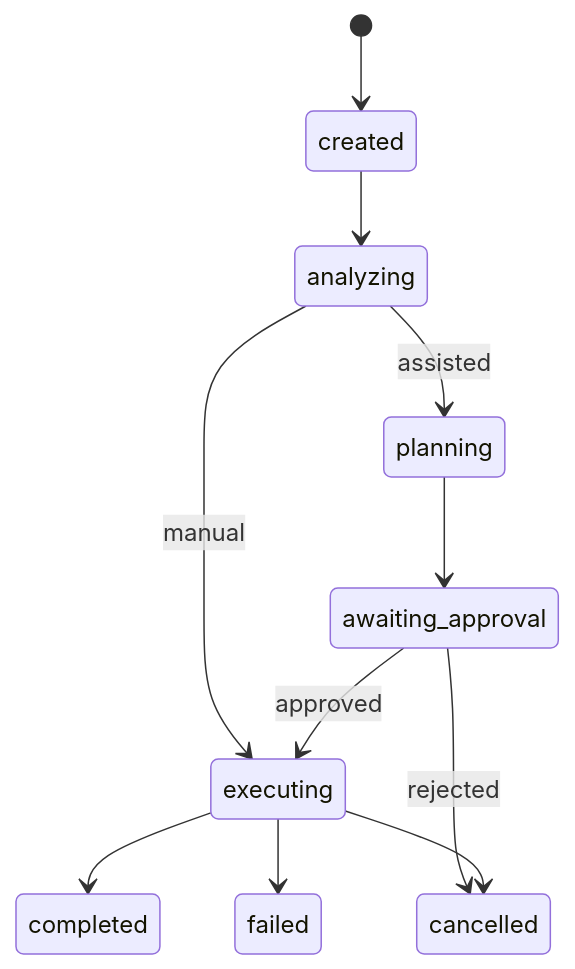
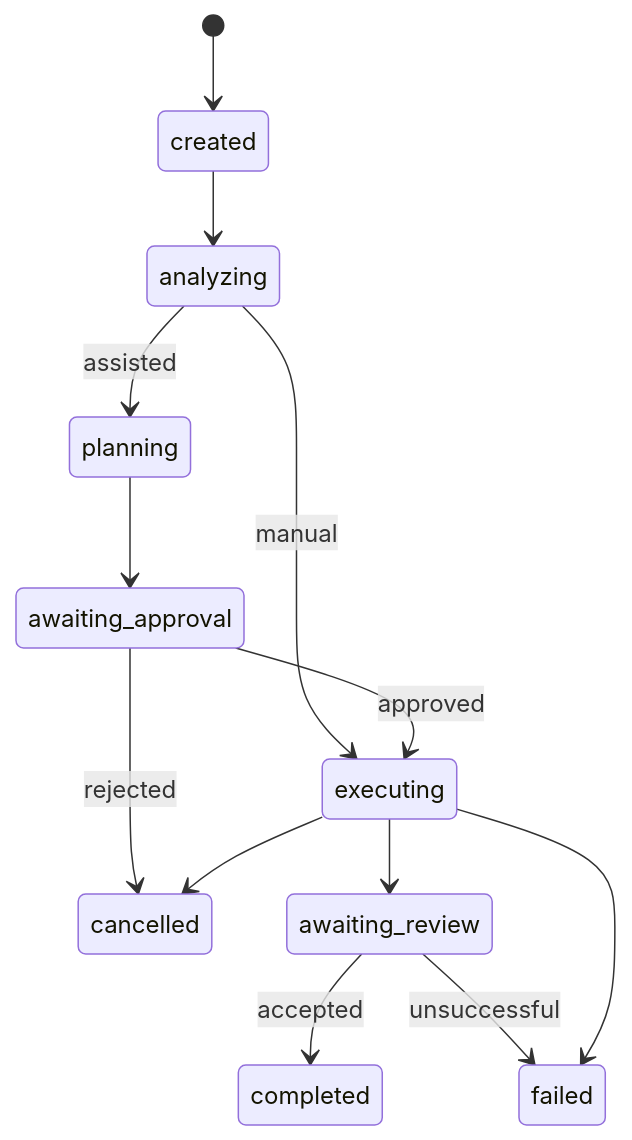
The diagram in docs/obsidian/02 Architecture/Agent Orchestration.md (shinpaydoodles/forge-studio), drawn with Mermaid before and after one commit. The commit also changed other lines of this file and 16 other files, not shown here.

````diff
--- a/docs/obsidian/02 Architecture/Agent Orchestration.md
+++ b/docs/obsidian/02 Architecture/Agent Orchestration.md
@@ -12,13 +12,15 @@
 ```mermaid
 stateDiagram-v2
   [*] --> created
   created --> analyzing
   analyzing --> planning: assisted
   analyzing --> executing: manual
   planning --> awaiting_approval
   awaiting_approval --> executing: approved
   awaiting_approval --> cancelled: rejected
-  executing --> completed
+  executing --> awaiting_review
+  awaiting_review --> completed: accepted
+  awaiting_review --> failed: unsuccessful
   executing --> failed
   executing --> cancelled
 ```
````
